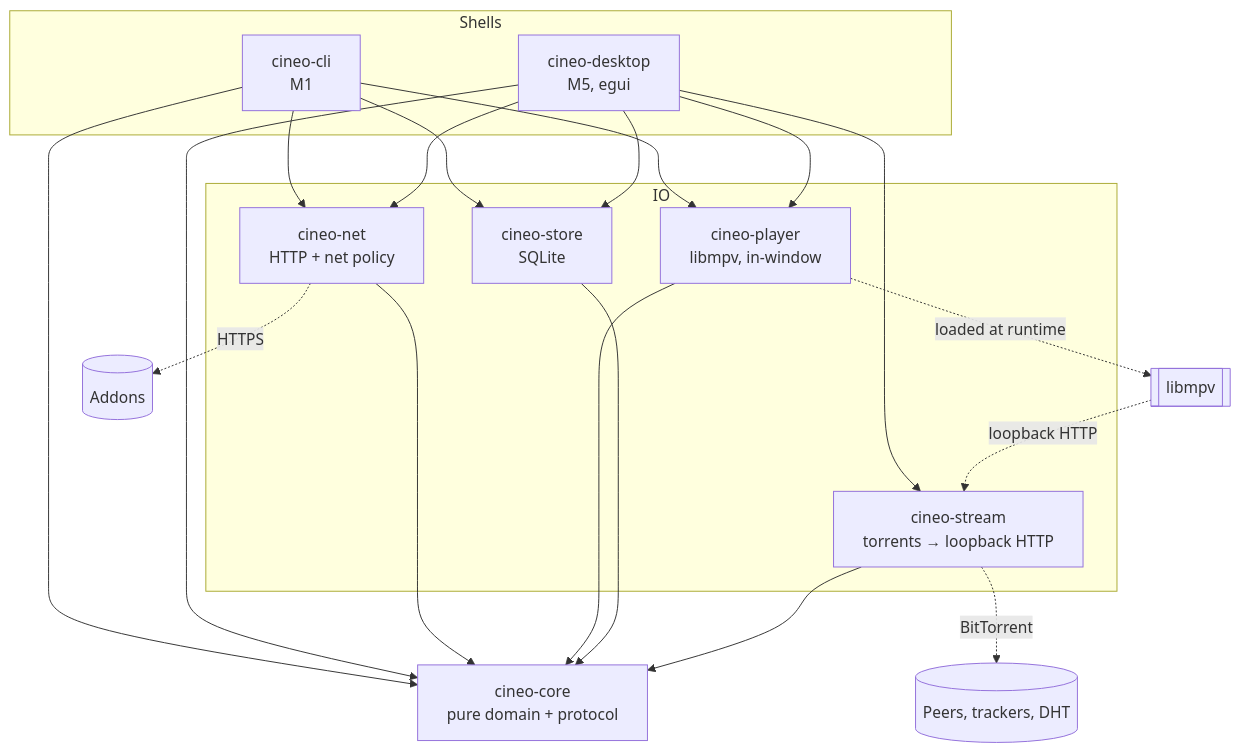
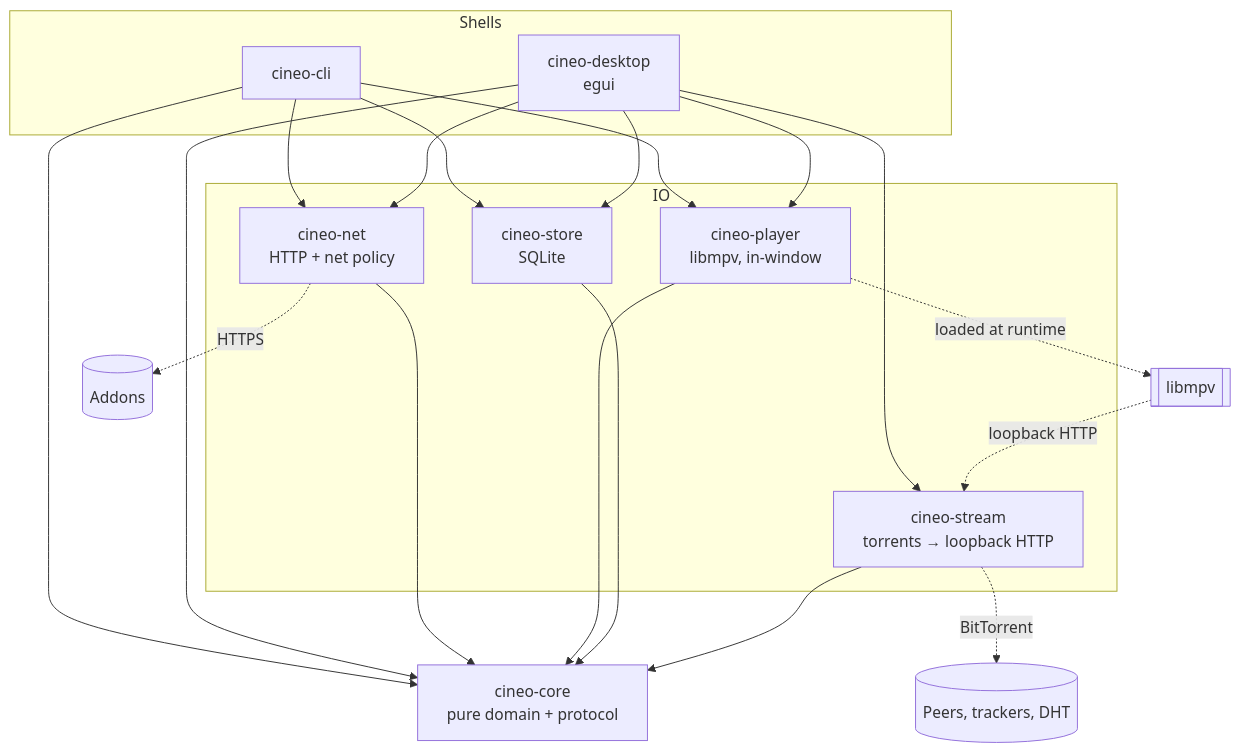
The first of 2 diagrams in docs/ARCHITECTURE.md (mdmrk/cineo), drawn with Mermaid before and after one commit. The commit also changed other lines of this file and 42 other files, not shown here.

````diff
--- a/docs/ARCHITECTURE.md
+++ b/docs/ARCHITECTURE.md
@@ -19,26 +19,26 @@
 ```mermaid
 flowchart TB
   subgraph Shells
-    CLI[cineo-cli<br/>M1]
-    GUI[cineo-desktop<br/>M5, egui]
+    CLI[cineo-cli]
+    GUI[cineo-desktop<br/>egui]
   end
   subgraph IO
     NET[cineo-net<br/>HTTP + net policy]
     PLAYER[cineo-player<br/>libmpv, in-window]
     STORE[cineo-store<br/>SQLite]
     STREAM[cineo-stream<br/>torrents → loopback HTTP]
   end
   CORE[cineo-core<br/>pure domain + protocol]
   CLI --> CORE
   GUI --> CORE
   CLI --> NET & PLAYER & STORE
   GUI --> NET & PLAYER & STORE & STREAM
   NET --> CORE
   PLAYER --> CORE
   STORE --> CORE
   STREAM --> CORE
   NET -. HTTPS .-> ADDONS[(Addons)]
   PLAYER -. loaded at runtime .-> MPV[[libmpv]]
   STREAM -. BitTorrent .-> PEERS[(Peers, trackers, DHT)]
   MPV -. loopback HTTP .-> STREAM
 ```
````
